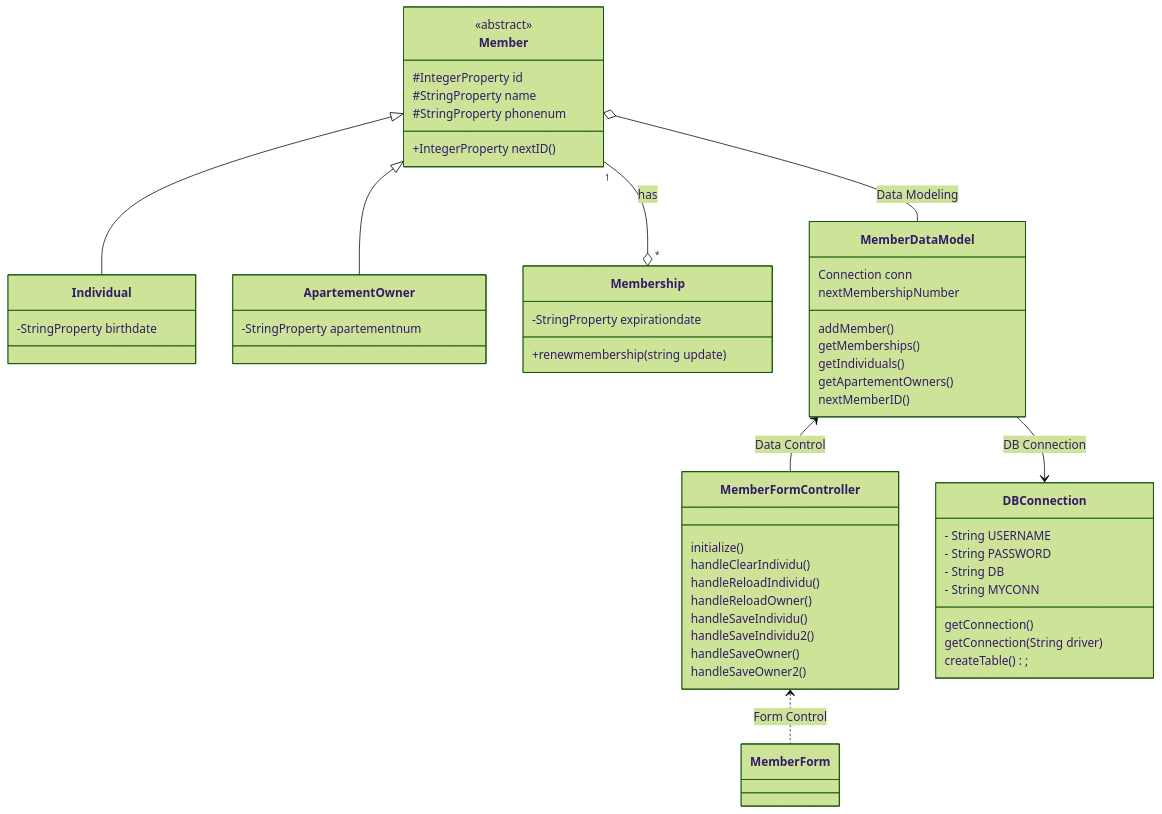
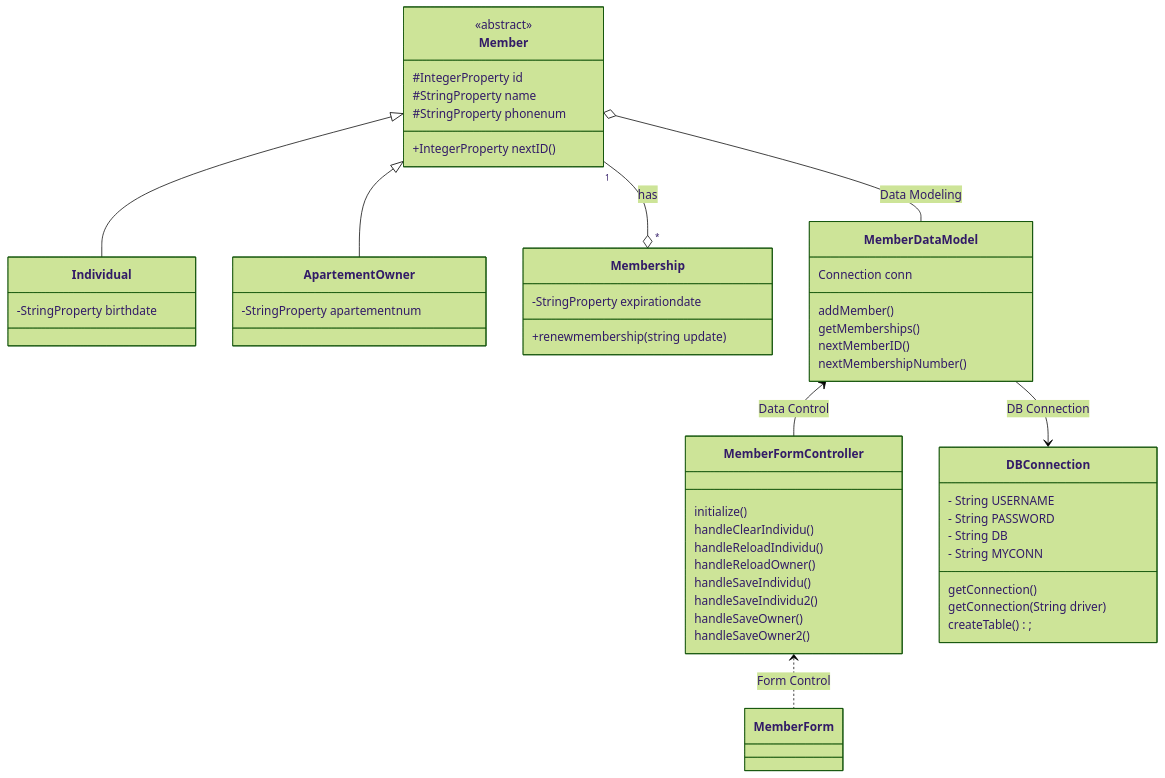
One commit to deana00/MemberAccountApp changed the third of 3 diagrams in README.md. Above: the diagram before and after it, drawn with Mermaid (forest theme).

````diff
--- a/README.md
+++ b/README.md
@@ -48,62 +48,60 @@
 ```mermaid
 classDiagram
     Member <|-- Individual
     Member <|-- ApartementOwner
     Member "1"--o"*" Membership : has
     Member o-- MemberDataModel : Data Modeling
     MemberDataModel <-- MemberFormController : Data Control
     MemberDataModel --> DBConnection : DB Connection
     MemberFormController <.. MemberForm : Form Control      
 
     class Member{
       <<abstract>>
       #IntegerProperty id
       #StringProperty name
       #StringProperty phonenum
       
       +IntegerProperty nextID()
     }
     
     class Individual{
       -StringProperty birthdate
     }
     class ApartementOwner{
       -StringProperty apartementnum
     }
     class Membership{
       -StringProperty expirationdate
       +renewmembership(string update)
     }
 
     class MemberDataModel{
         Connection conn
         addMember()
         getMemberships()
-        getIndividuals()
-        getApartementOwners()
         nextMemberID()
-        nextMembershipNumber
+        nextMembershipNumber()
     }
 
     class MemberFormController{
         initialize()
         handleClearIndividu()
         handleReloadIndividu()
         handleReloadOwner()
         handleSaveIndividu()
         handleSaveIndividu2()
         handleSaveOwner()
         handleSaveOwner2()
 
     }
     class DBConnection{
         - String USERNAME
         - String PASSWORD
         - String DB
         - String MYCONN
         getConnection()
         getConnection(String driver)
         createTable();
     }
             
 ```
````
